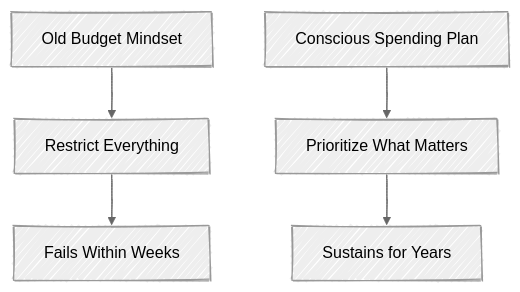
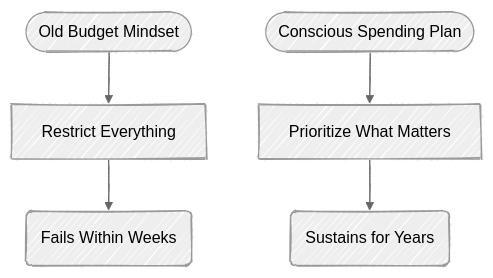
The first of 6 diagrams in budgeting.qmd (mjfrigaard/fm-finance), drawn with Mermaid before and after one commit. The commit also changed other lines of this file and 1 other file, not shown here.

Commit message:
updates to income

````diff
--- a/budgeting.qmd
+++ b/budgeting.qmd
@@ -40,12 +40,12 @@
 ```{mermaid}
 %%| fig-cap: 'Budget Mindset'
 %%| fig-align: center
 %%{init: {'theme': 'neutral', 'look': 'handDrawn', 'themeVariables': { 'fontFamily': 'monospace', "fontSize":"16px"}}}%%
 
 flowchart TD
-    OldBudget[Old Budget Mindset] --> Restrict[Restrict Everything]
-    Restrict --> Fail[Fails Within Weeks]
+    OldBudget([Old Budget Mindset]) --> Restrict[Restrict Everything]
+    Restrict --> Fail(Fails Within Weeks)
     
-    NewBudget[Conscious Spending Plan] --> Prioritize[Prioritize What Matters]
-    Prioritize --> Sustain[Sustains for Years]
+    NewBudget([Conscious Spending Plan]) --> Prioritize[Prioritize What Matters]
+    Prioritize --> Sustain(Sustains for Years)
 ```
````
